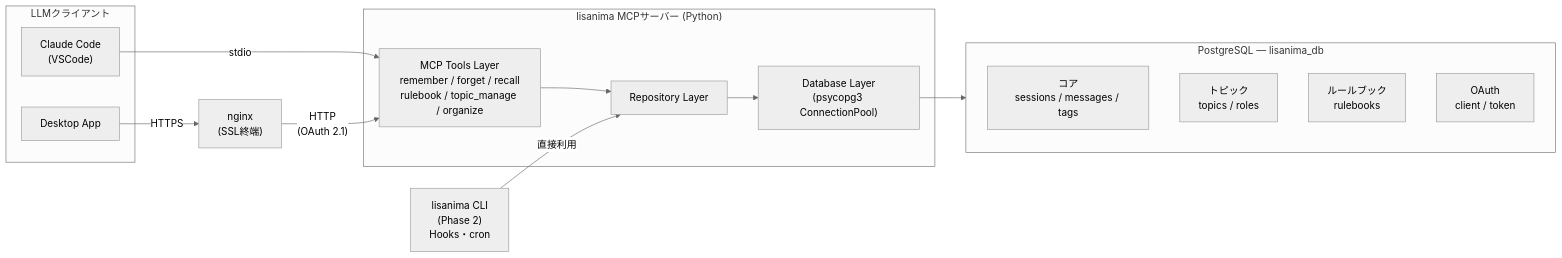
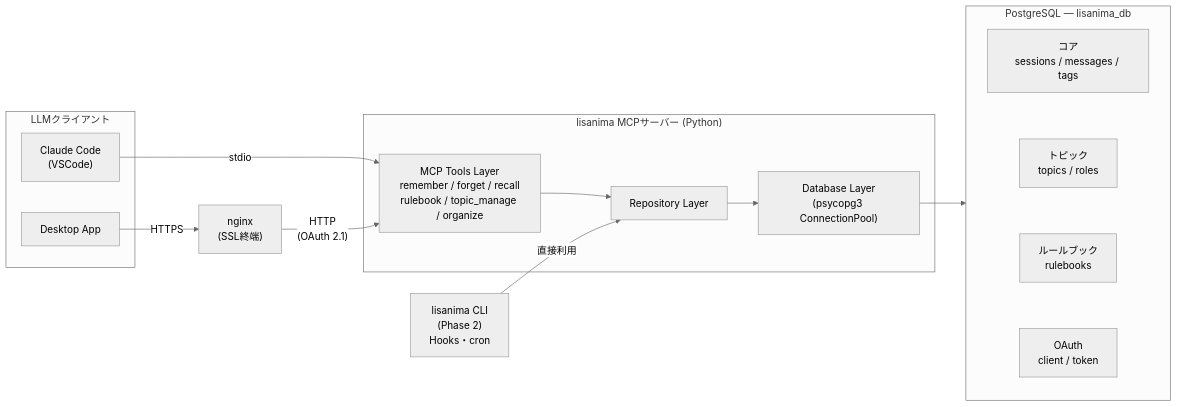
Before and after one commit to natosepia/lisanima: the diagram in docs/02_architecture.md, drawn with Mermaid (neutral theme).

Commit message:
Phase 1 Docs品質強化
mermaid記法の軽微修正

````diff
--- a/docs/02_architecture.md
+++ b/docs/02_architecture.md
@@ -5,35 +5,36 @@
 ```mermaid
 flowchart LR
     %% ===== クライアント層 =====
     subgraph clients ["LLMクライアント"]
-        cc["Claude Code\n(VSCode)"]
+        cc["Claude Code<br/>(VSCode)"]
         da["Desktop App"]
     end
 
     %% ===== 接続経路 =====
     cc -- "stdio" --> tools
     da -- "HTTPS" --> nginx
-    nginx["nginx\n(SSL終端)"] -- "HTTP\n(OAuth 2.1)" --> tools
+    nginx["nginx<br/>(SSL終端)"] -- "HTTP<br/>(OAuth 2.1)" --> tools
 
     %% ===== lisanima サーバー =====
     subgraph server ["lisanima MCPサーバー (Python)"]
-        tools["MCP Tools Layer\nremember / forget / recall\nrulebook / topic_manage / organize"]
+        tools["MCP Tools Layer<br/>remember / forget / recall<br/>rulebook / topic_manage / organize"]
         repo["Repository Layer"]
-        db["Database Layer\n(psycopg3 ConnectionPool)"]
+        db["Database Layer<br/>(psycopg3 ConnectionPool)"]
         tools --> repo --> db
     end
 
     %% ===== lisanima CLI (Phase 2) =====
-    cli["lisanima CLI\n(Phase 2)\nHooks・cron"] -- "直接利用" --> repo
+    cli["lisanima CLI<br/>(Phase 2)<br/>Hooks・cron"] -- "直接利用" --> repo
 
     %% ===== PostgreSQL =====
     subgraph pg ["PostgreSQL — lisanima_db"]
         direction TB
-        pg_core["コア\nsessions / messages / tags"]
-        pg_topic["トピック\ntopics / roles"]
-        pg_rule["ルールブック\nrulebooks"]
-        pg_oauth["OAuth\nclient / token"]
+        pg_core["コア<br/>sessions / messages / tags"]
+        pg_topic["トピック<br/>topics / roles"]
+        pg_rule["ルールブック<br/>rulebooks"]
+        pg_oauth["OAuth<br/>client / token"]
+        pg_core ~~~ pg_topic ~~~ pg_rule ~~~ pg_oauth
     end
 
     db --> pg
 ```
````
